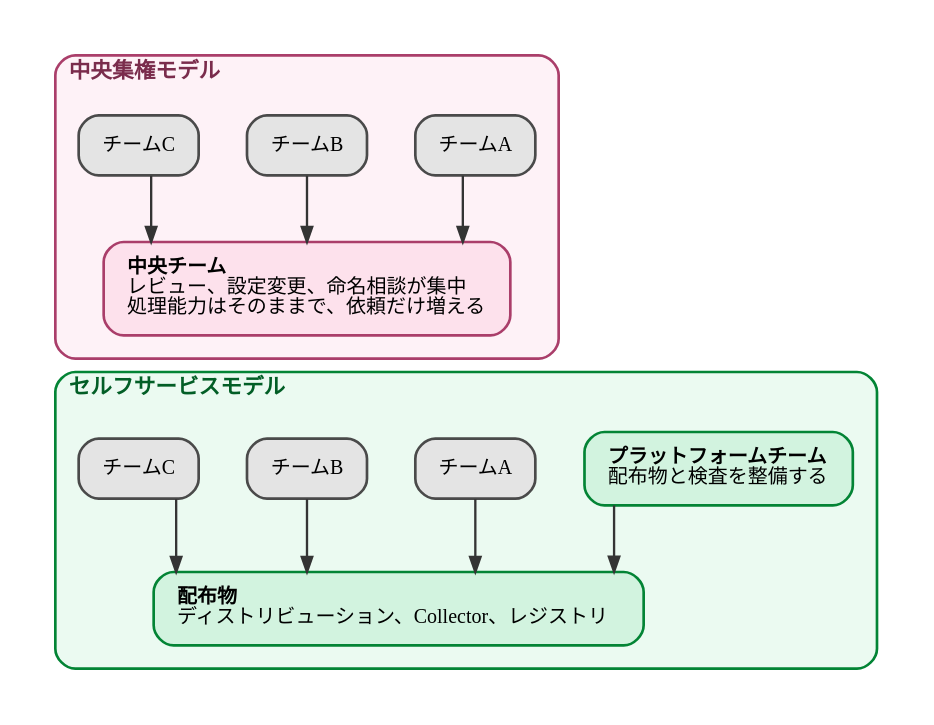
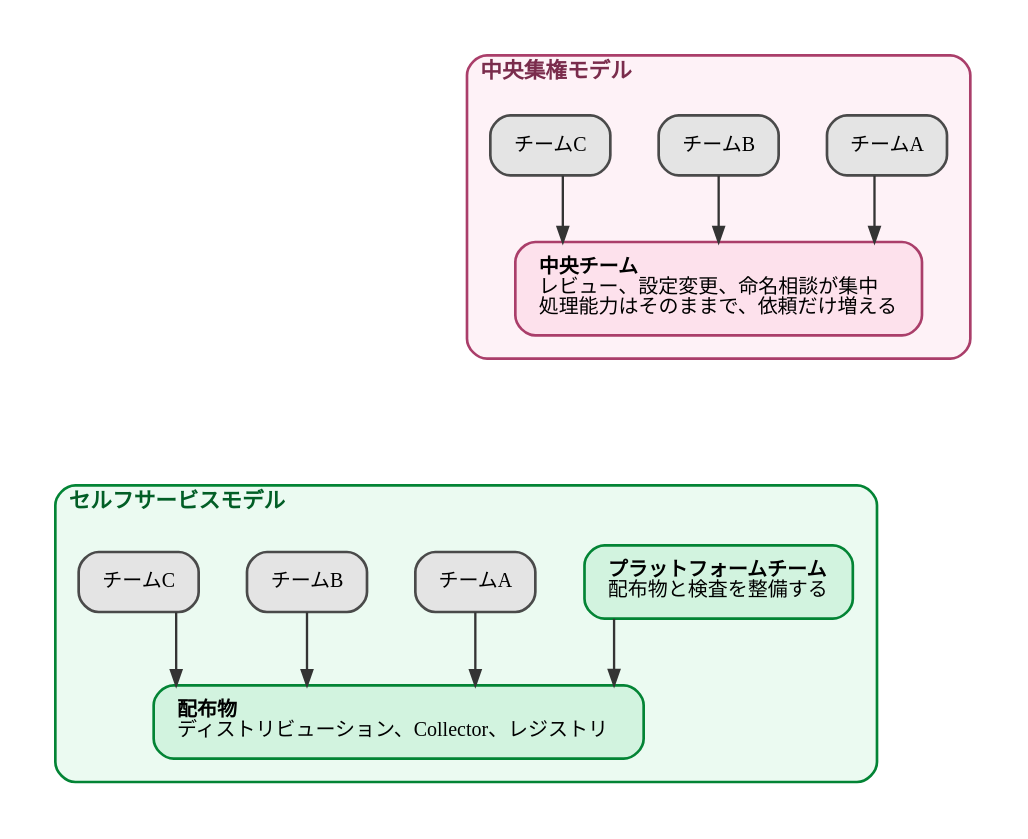
The diagram in diagrams/observability-platform-with-otel/20260926-central-vs-selfservice.dot (ymotongpoo/zenn.dev), drawn with Graphviz before and after one commit. The commit also changed 9 other files, not shown here.

First line of the commit message:
fix(otel-platform): 図1のラベル位置を直し、図3に区切り線を入れる

```diff
--- a/diagrams/observability-platform-with-otel/20260926-central-vs-selfservice.dot
+++ b/diagrams/observability-platform-with-otel/20260926-central-vs-selfservice.dot
@@ -1,50 +1,64 @@
 // 中央集権モデルとセルフサービスモデルの対比
+// @divider: between-clusters
 digraph central_vs_selfservice {
   graph [
     fontname="IBM Plex Sans JP", fontsize=13,
     rankdir=TB, compound=true, splines=ortho,
     nodesep=0.4, ranksep=0.55, pad=0.25,
     bgcolor="white", newrank=true
   ];
   node [
     fontname="IBM Plex Sans JP", fontsize=12,
     shape=box, style="rounded,filled",
     fillcolor="#E4E4E4", color="#4A4A4A", penwidth=1.6,
     margin="0.2,0.14"
   ];
   edge [
     fontname="IBM Plex Sans JP", fontsize=11,
     color="#343434", penwidth=1.4, arrowsize=0.9,
     fontcolor="#171717"
   ];
 
   // 辺のラベル（依頼、利用、整備）は置かない。同じ語が3本ずつ並ぶだけで、
   // 矢じりや隣の箱に被る。矢印の意味はキャプションが述べ、「整備」は
   // プラットフォームチームのノード内に書いてある。
   subgraph cluster_central {
     label=<<b>中央集権モデル</b>>;
     labeljust="l"; style="rounded"; penwidth=1.6;
     color="#AA3E6A"; bgcolor="#FEF2F7"; fontcolor="#7A2C4C"; margin=14;
     tA [label="チームA"]; tB [label="チームB"]; tC [label="チームC"];
     central [label=<<b>中央チーム</b><br align="left"/>レビュー、設定変更、命名相談が集中<br align="left"/>処理能力はそのままで、依頼だけ増える<br align="left"/>>, fillcolor="#FDE1EC", color="#AA3E6A"];
     tA -> central;
     tB -> central;
     tC -> central;
   }
 
   subgraph cluster_selfservice {
     label=<<b>セルフサービスモデル</b>>;
     labeljust="l"; style="rounded"; penwidth=1.6;
     color="#038435"; bgcolor="#EBFAF1"; fontcolor="#025E26"; margin=14;
     platform [label=<<b>プラットフォームチーム</b><br align="left"/>配布物と検査を整備する<br align="left"/>>, fillcolor="#D2F3DF", color="#038435"];
     artifacts [label=<<b>配布物</b><br align="left"/>ディストリビューション、Collector、レジストリ<br align="left"/>>, fillcolor="#D2F3DF", color="#038435"];
     sA [label="チームA"]; sB [label="チームB"]; sC [label="チームC"];
     platform -> artifacts;
     sA -> artifacts;
     sB -> artifacts;
     sC -> artifacts;
   }
 
-  // 2つのモデルを上下に並べるためのレイアウト調整
-  central -> sB [style=invis];
+  // 2つのモデルは別物であることを示すため、間隔を空けて区切り線を挟む。
+  // 区切り線は冒頭の `@divider: between-clusters` が指示し、
+  // draw_divider.py がSVG後処理で引く。
+  //
+  // 辺で引こうとして失敗した手を記録しておく。不可視ノード2つを
+  // rank=same で並べて間を実線で結ぶ方法（divL -> divR）は、線が中央に
+  // 短く浮くだけでなく、両クラスタの端へ揃えようと tA/tC への不可視辺を
+  // 足した時点でチームの並び順が崩れ（A B C が B A C になる）、線自体も
+  // 折れた。ランクを跨ぐ「装飾としての線」は dot のレイアウトモデルの
+  // 外にあるので、後処理で描くのが正しい。
+  // 上下の間隔は不可視辺で作る。左端を揃えようと tA -> platform で繋ぐと、
+  // その辺がランク内の順序決定に影響してチームの並びが B C A に崩れる。
+  // 枠の左端を揃えることより並び順が正しいことのほうが重要なので、
+  // 揃えるのは諦める。
+  central -> platform [style=invis, minlen=3];
 }
```
